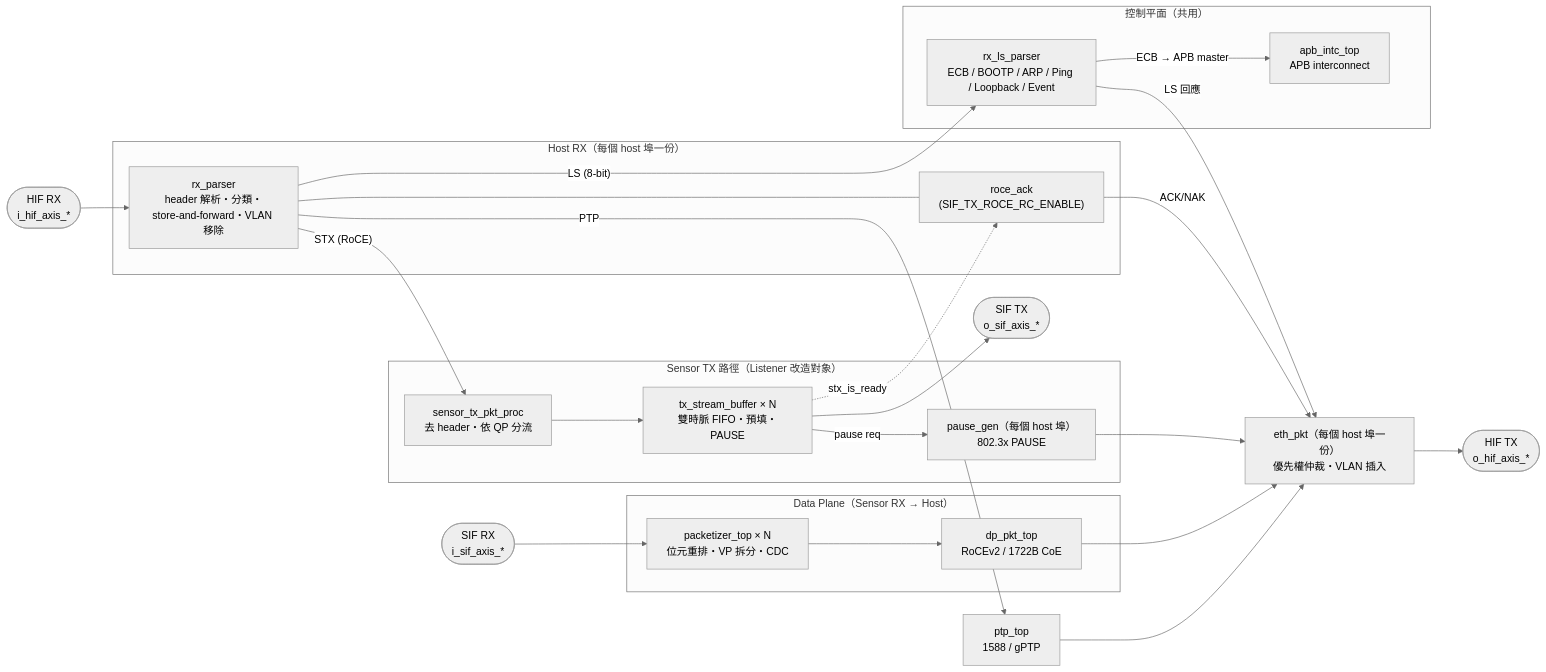
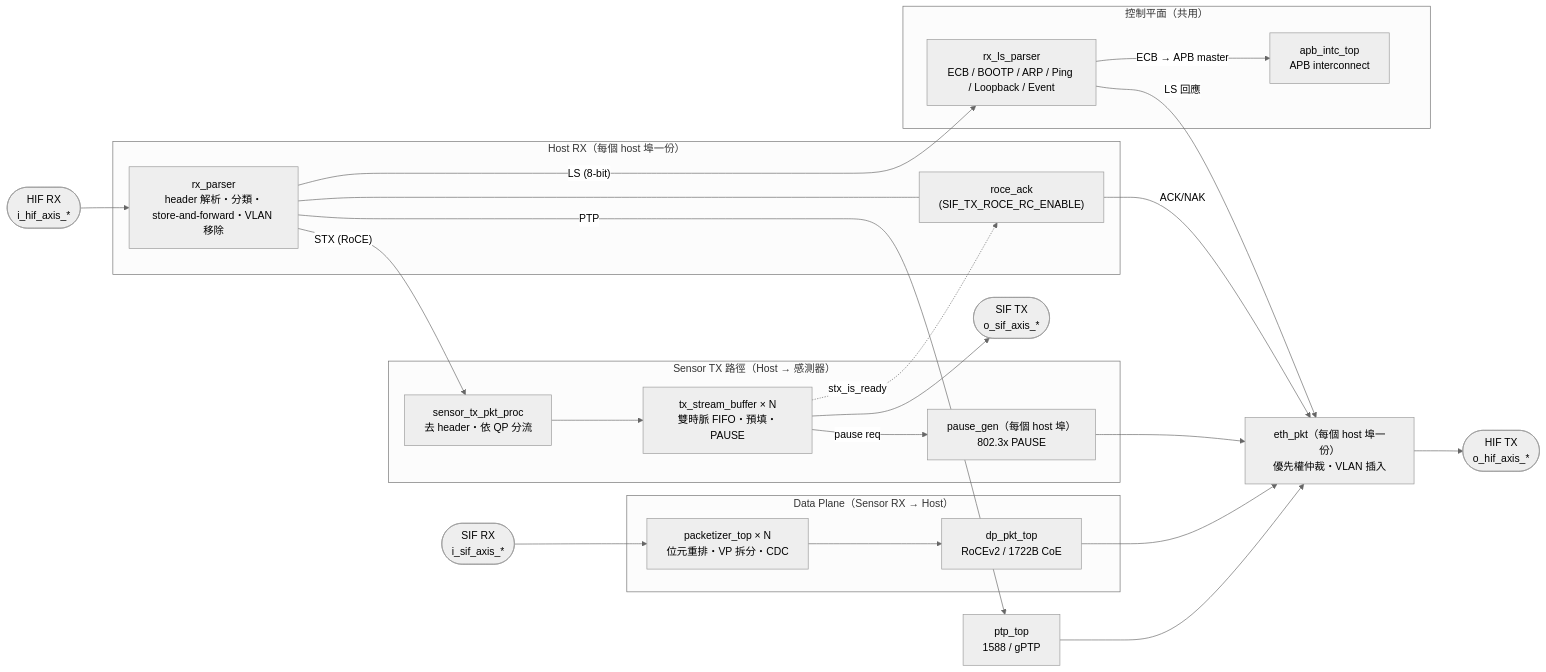
The second of 3 diagrams in docs/architecture/overview.md (blue31606/hsb-ana), drawn with Mermaid (neutral theme) before and after one commit. The commit also changed other lines of this file and 26 other files, not shown here.

````diff
--- a/docs/architecture/overview.md
+++ b/docs/architecture/overview.md
@@ -32,46 +32,46 @@
 ```mermaid
 flowchart LR
   MACRX(["HIF RX<br/>i_hif_axis_*"])
   MACTX(["HIF TX<br/>o_hif_axis_*"])
   SIFRX(["SIF RX<br/>i_sif_axis_*"])
   SIFTX(["SIF TX<br/>o_sif_axis_*"])
 
   subgraph RX["Host RX（每個 host 埠一份）"]
     RXP["rx_parser<br/>header 解析・分類・<br/>store-and-forward・VLAN 移除"]
     RACK["roce_ack<br/>(SIF_TX_ROCE_RC_ENABLE)"]
   end
 
   subgraph CTRL["控制平面（共用）"]
     LSP["rx_ls_parser<br/>ECB / BOOTP / ARP / Ping / Loopback / Event"]
     APB["apb_intc_top<br/>APB interconnect"]
   end
 
-  subgraph STX["Sensor TX 路徑（Listener 改造對象）"]
+  subgraph STX["Sensor TX 路徑（Host → 感測器）"]
     STXP["sensor_tx_pkt_proc<br/>去 header・依 QP 分流"]
     TSB["tx_stream_buffer × N<br/>雙時脈 FIFO・預填・PAUSE"]
     PG["pause_gen（每個 host 埠）<br/>802.3x PAUSE"]
   end
 
   subgraph DP["Data Plane（Sensor RX → Host）"]
     PKZ["packetizer_top × N<br/>位元重排・VP 拆分・CDC"]
     DPP["dp_pkt_top<br/>RoCEv2 / 1722B CoE"]
   end
 
   PTP["ptp_top<br/>1588 / gPTP"]
   ETH["eth_pkt（每個 host 埠一份）<br/>優先權仲裁・VLAN 插入"]
 
   MACRX --> RXP
   RXP --- RACK
   RXP -- "LS (8-bit)" --> LSP
   RXP -- "STX (RoCE)" --> STXP
   RXP -- "PTP" --> PTP
   RACK -- "ACK/NAK" --> ETH
   STXP --> TSB --> SIFTX
   TSB -- "pause req" --> PG --> ETH
   TSB -. "stx_is_ready" .-> RACK
   SIFRX --> PKZ --> DPP --> ETH
   LSP -- "LS 回應" --> ETH
   PTP --> ETH
   ETH --> MACTX
   LSP -- "ECB → APB master" --> APB
 ```
````
